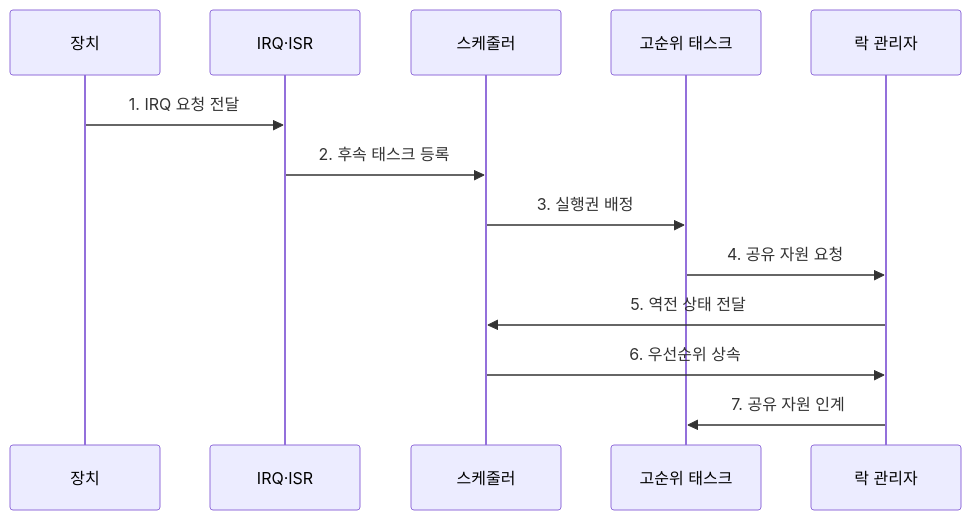
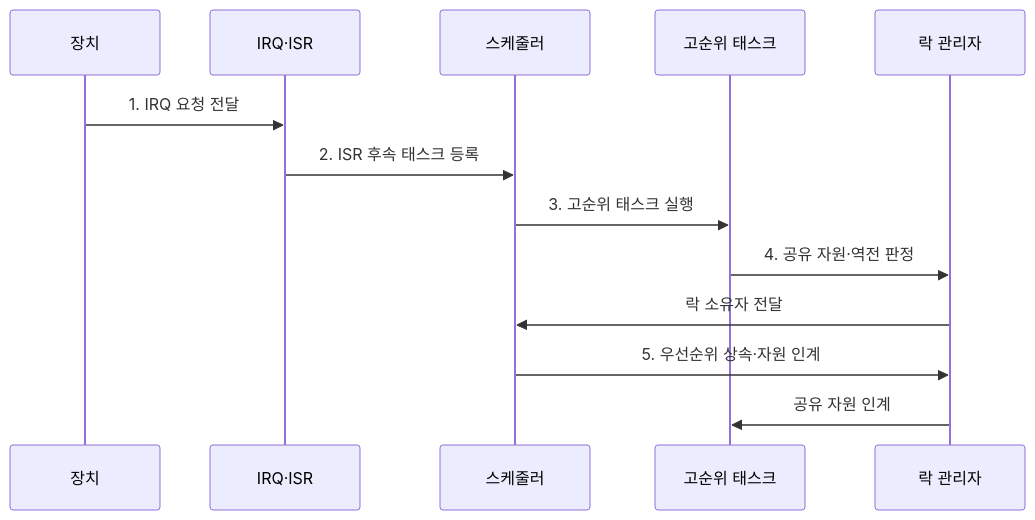
Before and after one commit to agnusdei1207/knowledge-base: the second of 2 diagrams in src/content/docs/notes/02-hardware/063_interrupt_latency_priority_inversion.md, drawn with Mermaid. The commit also changed other lines of this file and 86 other files, not shown here.

````diff
--- a/src/content/docs/notes/02-hardware/063_interrupt_latency_priority_inversion.md
+++ b/src/content/docs/notes/02-hardware/063_interrupt_latency_priority_inversion.md
@@ -85,16 +85,16 @@
 ```mermaid
 sequenceDiagram
     participant D as 장치
     participant I as IRQ·ISR
     participant S as 스케줄러
     participant H as 고순위 태스크
     participant L as 락 관리자
 
     D->>I: 1. IRQ 요청 전달
-    I->>S: 2. 후속 태스크 등록
-    S->>H: 3. 실행권 배정
-    H->>L: 4. 공유 자원 요청
-    L->>S: 5. 역전 상태 전달
-    S->>L: 6. 우선순위 상속
-    L->>H: 7. 공유 자원 인계
+    I->>S: 2. ISR 후속 태스크 등록
+    S->>H: 3. 고순위 태스크 실행
+    H->>L: 4. 공유 자원·역전 판정
+    L->>S: 락 소유자 전달
+    S->>L: 5. 우선순위 상속·자원 인계
+    L->>H: 공유 자원 인계
 ```
````
